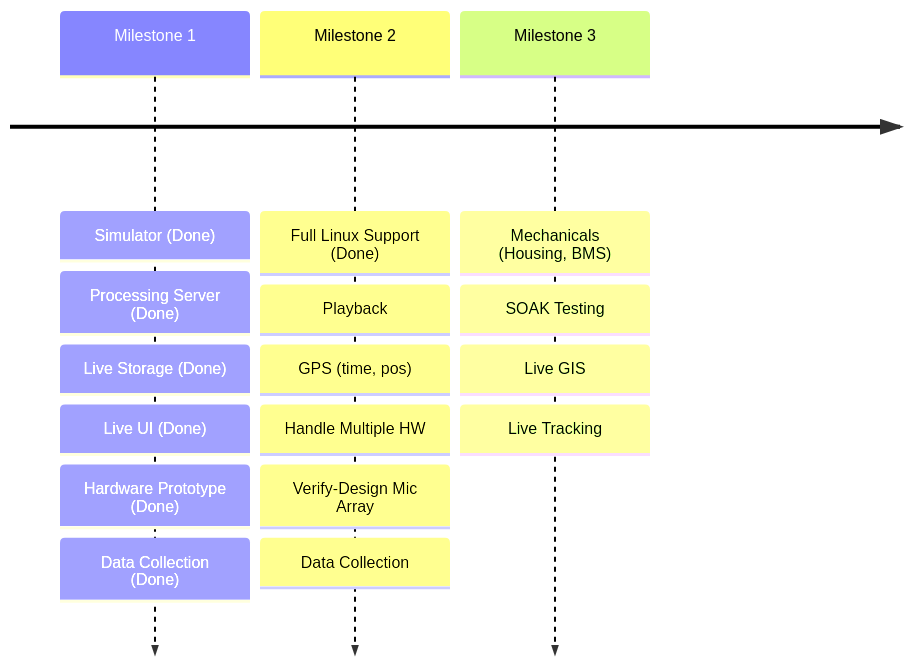
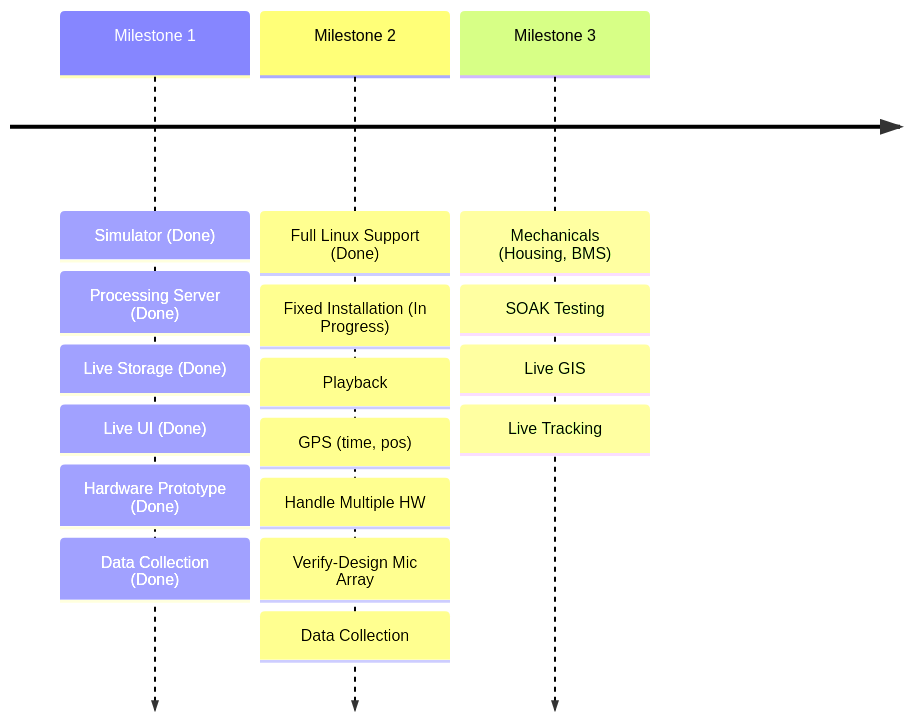
Before and after one commit to Sense-Scape/.github: the second of 2 diagrams in profile/README.md, drawn with Mermaid.

````diff
--- a/profile/README.md
+++ b/profile/README.md
@@ -54,8 +54,8 @@
 ``` mermaid
 
 timeline
     Milestone 1 : Simulator (Done) : Processing Server (Done) : Live Storage (Done) : Live UI (Done) : Hardware Prototype (Done) : Data Collection (Done)
-    Milestone 2 : Full Linux Support (Done) : Playback : GPS (time, pos) : Handle Multiple HW : Verify-Design Mic Array : Data Collection
+    Milestone 2 : Full Linux Support (Done) : Fixed Installation (In Progress) : Playback : GPS (time, pos) : Handle Multiple HW : Verify-Design Mic Array : Data Collection
     Milestone 3 : Mechanicals (Housing, BMS) : SOAK Testing : Live GIS : Live Tracking
 
 ```
````
